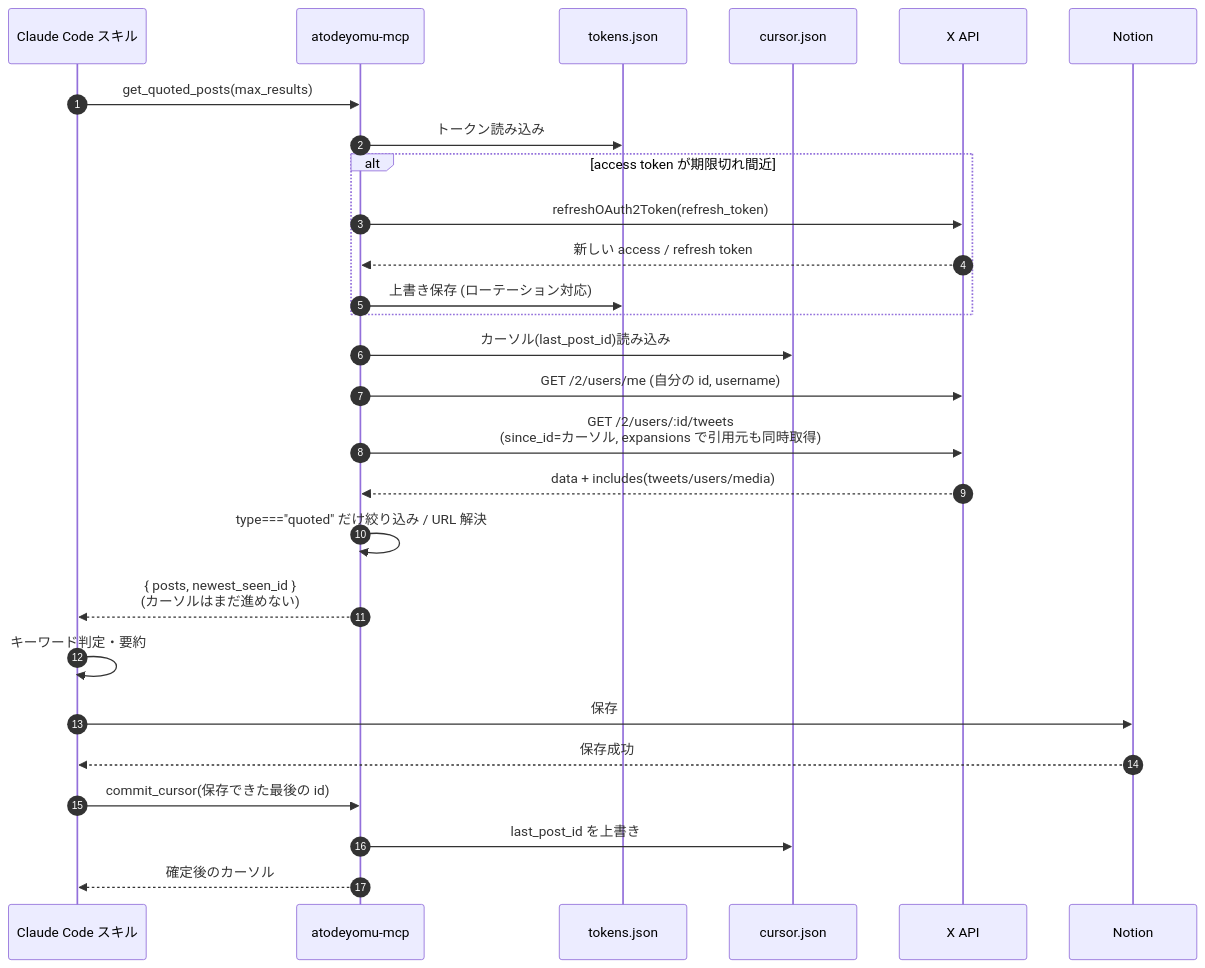
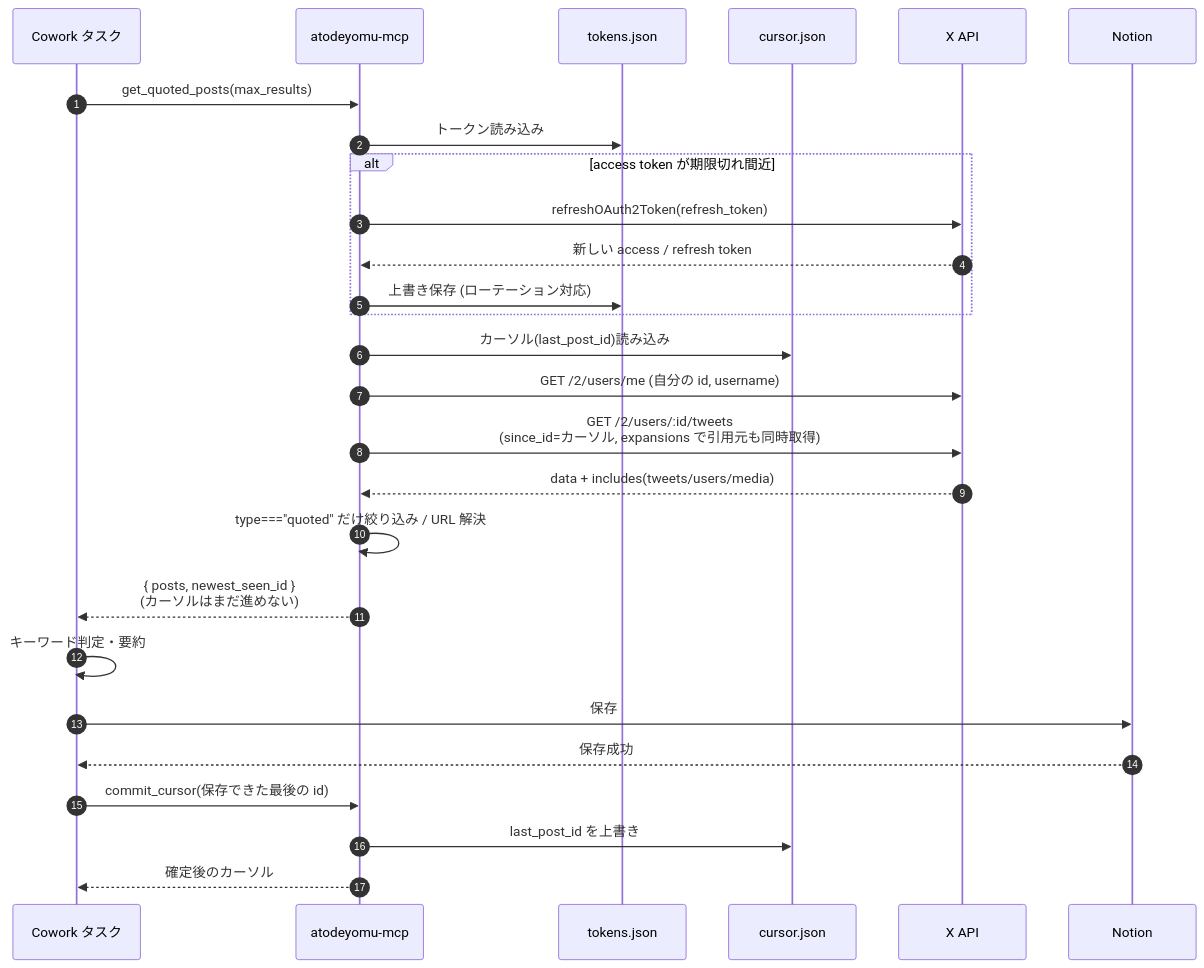
The second of 5 diagrams in docs/SPEC.md (kkk2jp/atodeyomu-mcp), drawn with Mermaid before and after one commit. The commit also changed other lines of this file and 6 other files, not shown here.

Commit message:
docs: update references to Claude Code and Cowork in documentation and prompts

````diff
--- a/docs/SPEC.md
+++ b/docs/SPEC.md
@@ -91,30 +91,30 @@
 ```mermaid
 sequenceDiagram
     autonumber
-    participant CC as Claude Code スキル
+    participant CC as Cowork タスク
     participant MCP as atodeyomu-mcp
     participant TK as tokens.json
     participant CU as cursor.json
     participant X as X API
     participant N as Notion
 
     CC->>MCP: get_quoted_posts(max_results)
     MCP->>TK: トークン読み込み
     alt access token が期限切れ間近
         MCP->>X: refreshOAuth2Token(refresh_token)
         X-->>MCP: 新しい access / refresh token
         MCP->>TK: 上書き保存 (ローテーション対応)
     end
     MCP->>CU: カーソル(last_post_id)読み込み
     MCP->>X: GET /2/users/me (自分の id, username)
     MCP->>X: GET /2/users/:id/tweets<br/>(since_id=カーソル, expansions で引用元も同時取得)
     X-->>MCP: data + includes(tweets/users/media)
     MCP->>MCP: type==="quoted" だけ絞り込み / URL 解決
     MCP-->>CC: { posts, newest_seen_id }<br/>(カーソルはまだ進めない)
     CC->>CC: キーワード判定・要約
     CC->>N: 保存
     N-->>CC: 保存成功
     CC->>MCP: commit_cursor(保存できた最後の id)
     MCP->>CU: last_post_id を上書き
     MCP-->>CC: 確定後のカーソル
 ```
````
